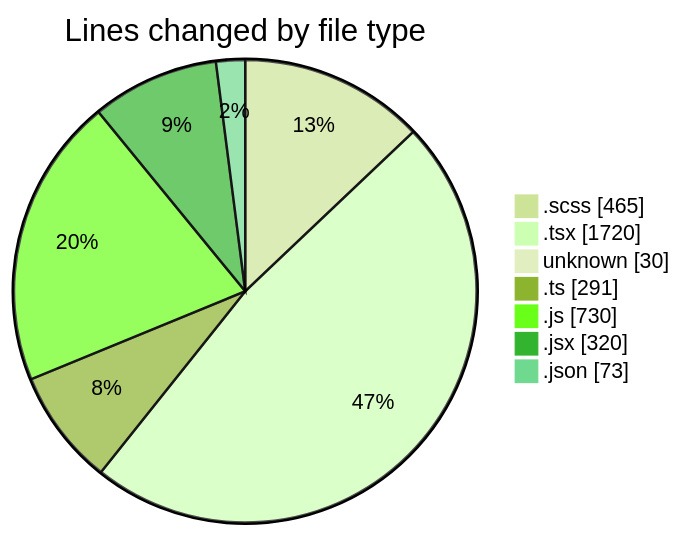
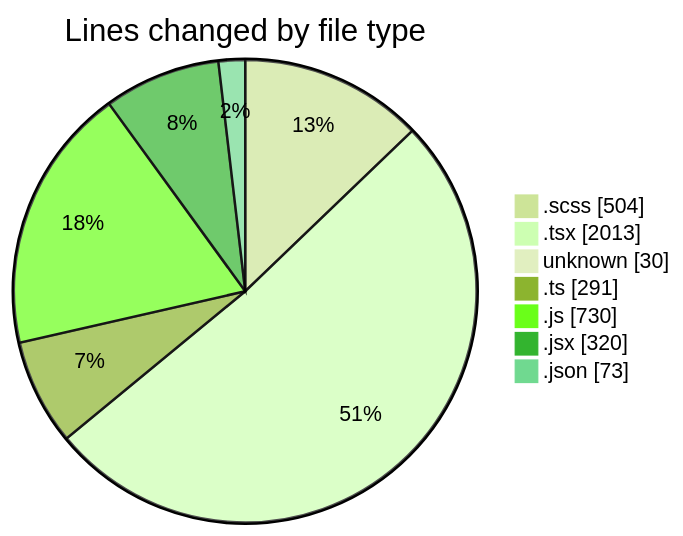
Before and after one commit to momahboobian/code-tracking: the first of 2 diagrams in 2025-03-05/cda/README.md, drawn with Mermaid (forest theme). The commit also changed other lines of this file and 1 other file, not shown here.

````diff
--- a/2025-03-05/cda/README.md
+++ b/2025-03-05/cda/README.md
@@ -45,11 +45,11 @@
 ```mermaid
 pie showData
 title Lines changed by file type
-".scss" : 465
-".tsx" : 1720
+".scss" : 504
+".tsx" : 2013
 "unknown" : 30
 ".ts" : 291
 ".js" : 730
 ".jsx" : 320
 ".json" : 73
 ```
````
